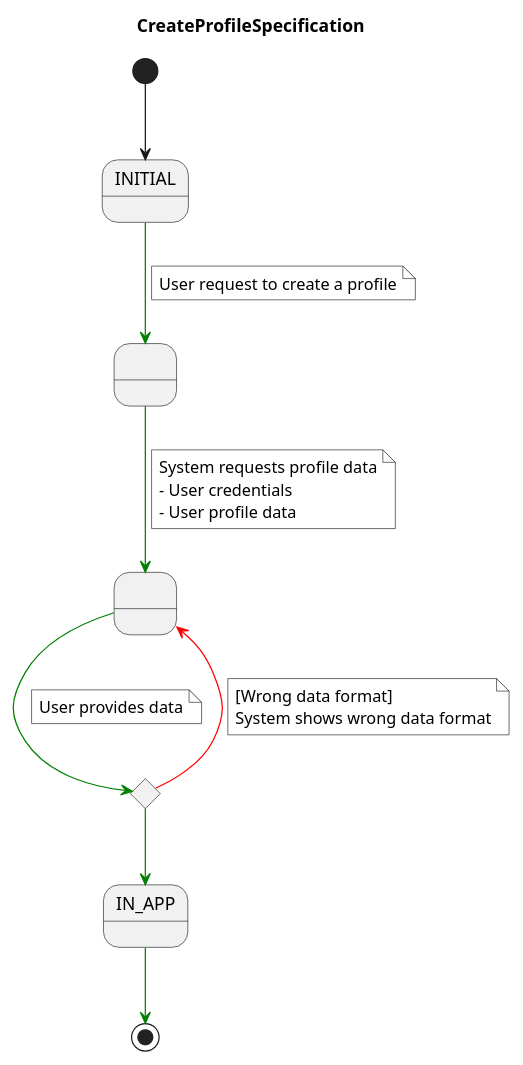
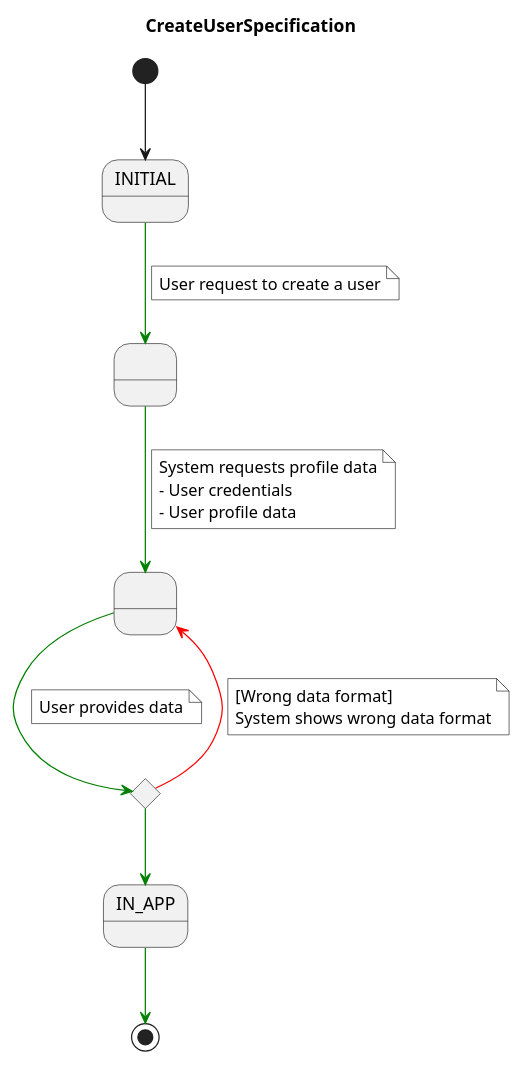
The diagram in docs/src/use-cases/specs/createprofile.spec.puml (fraylopez/tinder), drawn with PlantUML before and after one commit.

Commit message:
fix: update create profile spec by create user spec

```diff
--- a/docs/src/use-cases/specs/createprofile.spec.puml
+++ b/docs/src/use-cases/specs/createprofile.spec.puml
@@ -1,38 +1,38 @@
-@startuml CreateProfileSpecification
-title CreateProfileSpecification
+@startuml CreateUserSpecification
+title CreateUserSpecification
 
 skinparam NoteBackgroundColor white
 
 state IN_APP
 state STATE1 as " "
 state STATE2 as " "
 state is_required_data_provided <<choice>>
 
 [*] --> INITIAL
 INITIAL -[#green]-> STATE1
 note on link
-User request to create a profile
+User request to create a user
 end note
 STATE1 -[#green]-> STATE2
 note on link
 System requests profile data
 - User credentials
 - User profile data
 end note
 
 STATE2 -[#green]-> is_required_data_provided
 note on link
 User provides data
 end note
 
 is_required_data_provided -[#red]up-> STATE2
 note on link
 [Wrong data format] 
 System shows wrong data format
 end note
 
 is_required_data_provided -[#green]-> IN_APP
 
 IN_APP -[#green]-> [*]
 
 @enduml
```
